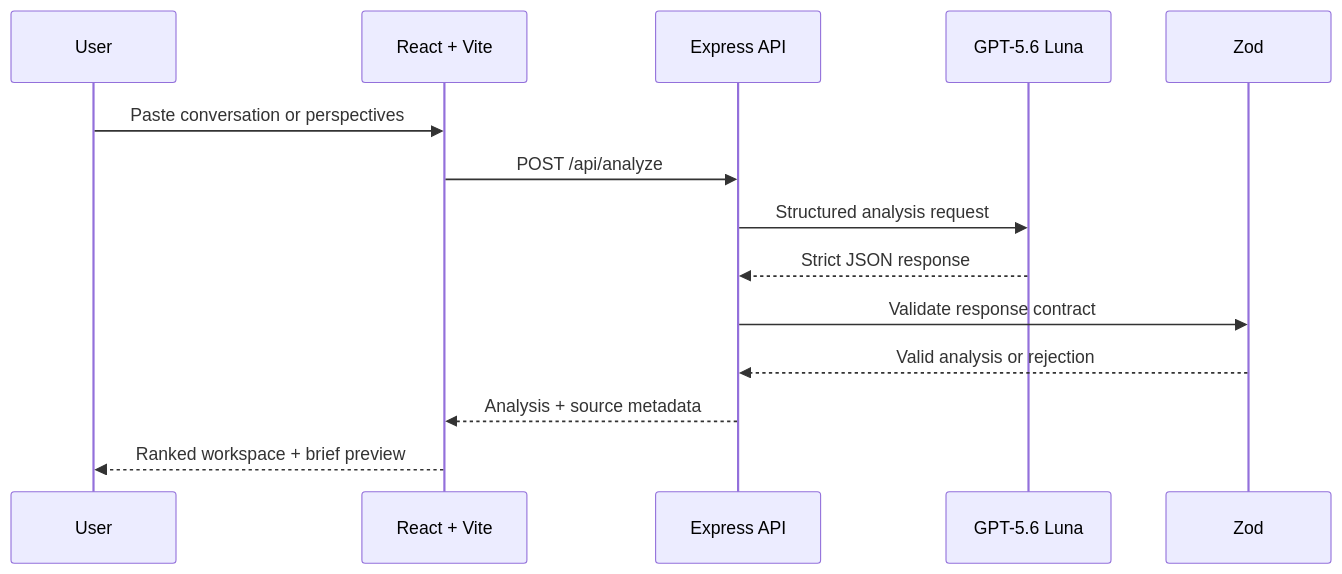
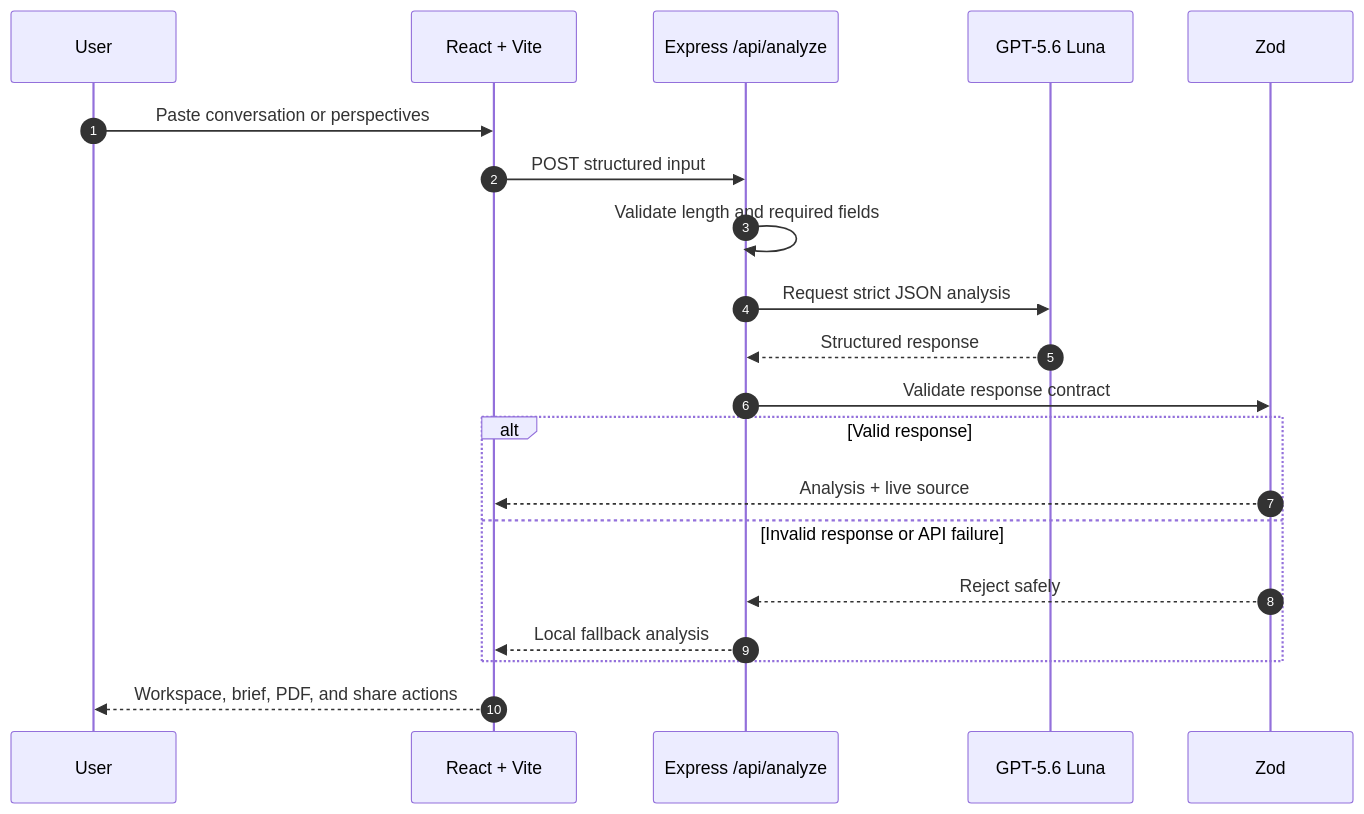
The third of 5 diagrams in README.md (Moustafa-Ameen/friction), drawn with Mermaid before and after one commit. The commit also changed other lines of this file and 1 other file, not shown here.

````diff
--- a/README.md
+++ b/README.md
@@ -105,17 +141,23 @@
 ```mermaid
 sequenceDiagram
+    autonumber
     participant U as User
     participant R as React + Vite
-    participant S as Express API
+    participant S as Express /api/analyze
     participant G as GPT-5.6 Luna
     participant Z as Zod
 
     U->>R: Paste conversation or perspectives
-    R->>S: POST /api/analyze
-    S->>G: Structured analysis request
-    G-->>S: Strict JSON response
+    R->>S: POST structured input
+    S->>S: Validate length and required fields
+    S->>G: Request strict JSON analysis
+    G-->>S: Structured response
     S->>Z: Validate response contract
-    Z-->>S: Valid analysis or rejection
-    S-->>R: Analysis + source metadata
-    R-->>U: Ranked workspace + brief preview
+    alt Valid response
+        Z-->>R: Analysis + live source
+    else Invalid response or API failure
+        Z-->>S: Reject safely
+        S-->>R: Local fallback analysis
+    end
+    R-->>U: Workspace, brief, PDF, and share actions
 ```
````
